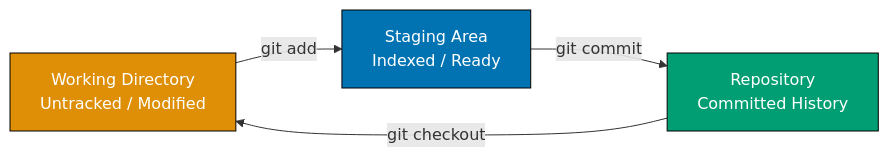
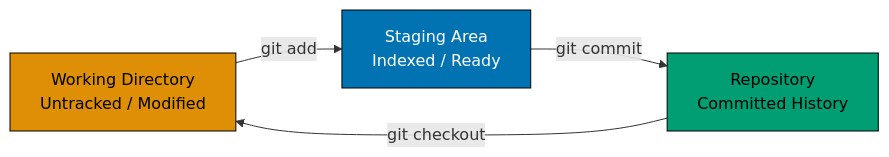
The first of 6 diagrams in apps/ayokoding-www/content/en/learn/legacy/software-engineering/automation-tools/git/by-example/beginner.md (wahidyankf/ose-public), drawn with Mermaid before and after one commit. The commit also changed other lines of this file and 131 other files, not shown here.

First line of the commit message:
fix(mermaid): bring the legacy data, infrastructure, and testing diagrams onto the accessible palette

````diff
--- a/apps/ayokoding-www/content/en/learn/legacy/software-engineering/automation-tools/git/by-example/beginner.md
+++ b/apps/ayokoding-www/content/en/learn/legacy/software-engineering/automation-tools/git/by-example/beginner.md
@@ -121,10 +121,16 @@
 ```mermaid
 graph LR
+    accTitle: Example 4: Stage Files with git add
+    accDescr: Graph with 3 nodes and 3 connections. Nodes: Working Directory Untracked / Modified, Staging Area Indexed / Ready, Repository Committed History. Connections: Working Directory Untracked / Modified to Staging Area Indexed / Ready (git add), Staging Area Indexed / Ready to Repository Committed History (git commit), Repository Committed History to Working Directory Untracked / Modified (git checkout).
     A["Working Directory<br/>Untracked / Modified"] -->|git add| B["Staging Area<br/>Indexed / Ready"]
     B -->|git commit| C["Repository<br/>Committed History"]
     C -->|git checkout| A
 
-    style A fill:#DE8F05,stroke:#000,color:#fff
-    style B fill:#0173B2,stroke:#000,color:#fff
-    style C fill:#029E73,stroke:#000,color:#fff
+    classDef pal-DE8F05 fill:#DE8F05,stroke:#000000,color:#000000
+    class A pal-DE8F05
+    classDef pal-0173B2 fill:#0173B2,stroke:#000000,color:#FFFFFF
+    class B pal-0173B2
+    classDef pal-029E73 fill:#029E73,stroke:#000000,color:#000000
+    class C pal-029E73
+    classDef default fill:#FFFFFF,stroke:#000000,color:#000000
 ```
````
